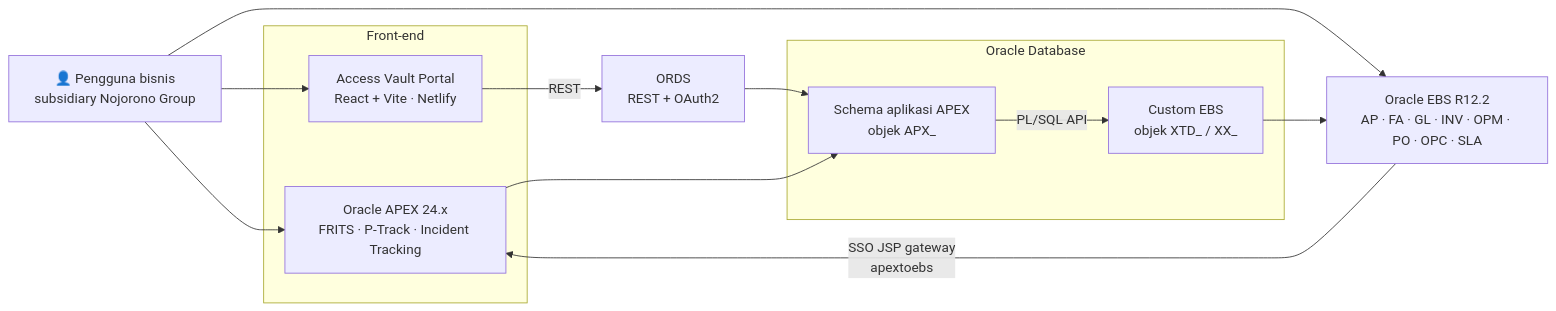
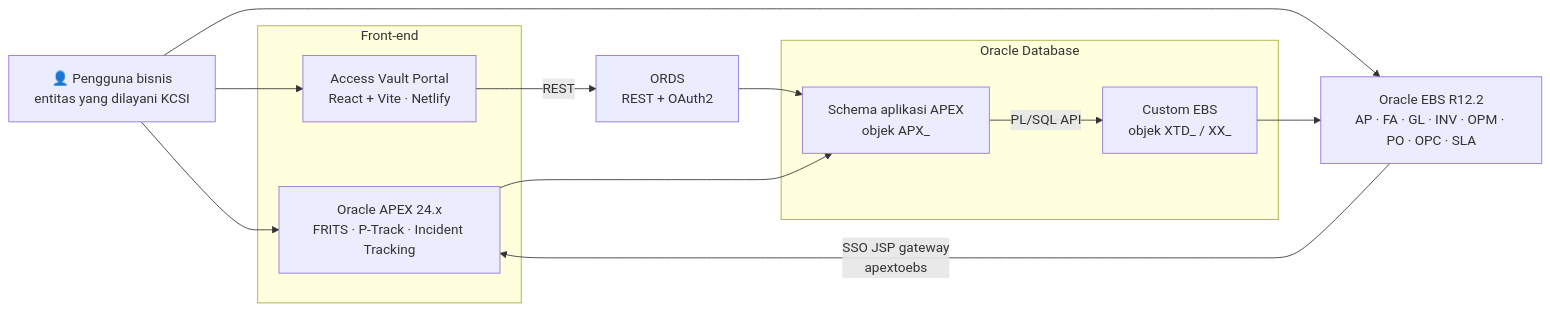
Before and after one commit to iwanhe/pandawa: the first of 4 diagrams in README.md, drawn with Mermaid. The commit also changed other lines of this file, not shown here.

First line of the commit message:
docs: hapus penyebutan Nojorono Group dari README, pertahankan KCSI

````diff
--- a/README.md
+++ b/README.md
@@ -86,28 +86,28 @@
 ```mermaid
 flowchart LR
-    U["👤 Pengguna bisnis<br/>subsidiary Nojorono Group"]
+    U["👤 Pengguna bisnis<br/>entitas yang dilayani KCSI"]
 
     subgraph FE["Front-end"]
         APEX["Oracle APEX 24.x<br/>FRITS · P-Track · Incident Tracking"]
         VAULT["Access Vault Portal<br/>React + Vite · Netlify"]
     end
 
     ORDS["ORDS<br/>REST + OAuth2"]
 
     subgraph DB["Oracle Database"]
         APX["Schema aplikasi APEX<br/>objek APX_"]
         XTD["Custom EBS<br/>objek XTD_ / XX_"]
     end
 
     EBS["Oracle EBS R12.2<br/>AP · FA · GL · INV · OPM · PO · OPC · SLA"]
 
     U --> APEX
     U --> VAULT
     U --> EBS
     VAULT -->|REST| ORDS
     ORDS --> APX
     APEX --> APX
     EBS -->|"SSO JSP gateway<br/>apextoebs"| APEX
     APX -->|PL/SQL API| XTD
     XTD --> EBS
 ```
````
